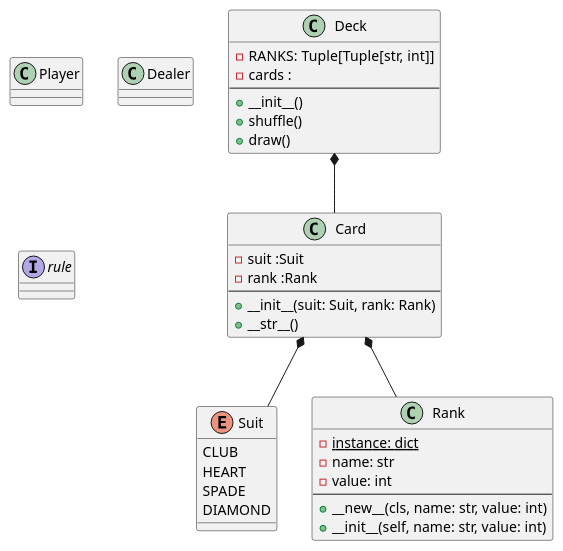
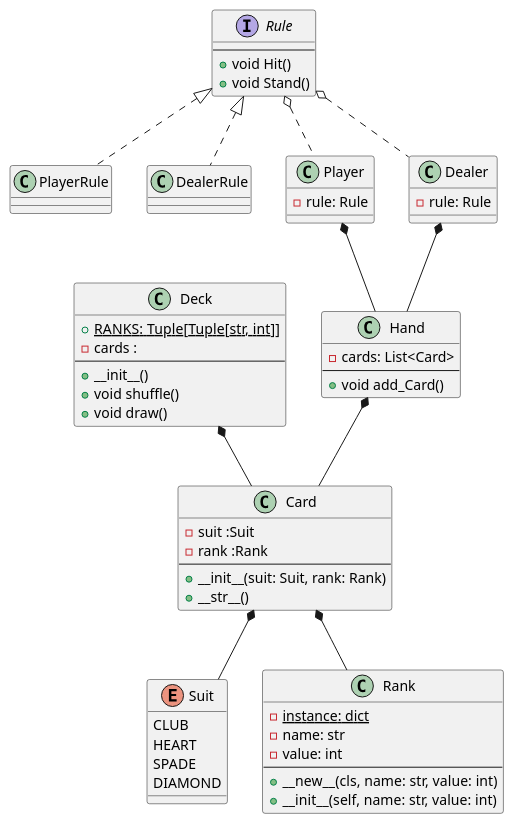
One commit to OrenoYomenoOtto/PythonBlackJack changed the diagram in UMLs/BlackJack_class.pu. Above: the diagram before and after it, drawn with PlantUML.

Commit message:
クラス図を変更 - Rule_interfaceとそれに関連するクラスの追加 - PlayerとDealerはアグリゲーション - PlayerRuleとDealerRuleは継承 - Handクラスの追加

```diff
--- a/UMLs/BlackJack_class.pu
+++ b/UMLs/BlackJack_class.pu
@@ -2,51 +2,80 @@
 @startuml
 
 enum Suit{
     CLUB
     HEART
     SPADE
     DIAMOND
 }
+
 class Rank{
     - instance: dict{static} 
     - name: str
     - value: int
     --
     + __new__(cls, name: str, value: int)
     + __init__(self, name: str, value: int)
 }
+
 class Card{
     - suit :Suit
     - rank :Rank
     --
     + __init__(suit: Suit, rank: Rank)
     + __str__()
 }
 
 Card *-- Suit
 Card *-- Rank
 
 class Deck{
-    - RANKS: Tuple[Tuple[str, int]]
+    + RANKS: Tuple[Tuple[str, int]] {static}
     - cards :
     --
     + __init__()
-    + shuffle()
-    + draw()
+    + void shuffle()
+    + void draw()
 }
 
 Deck *-- Card
 
-class Player{
+interface Rule{
+    --
+    + void Hit()
+    + void Stand()
+}
 
-}
-class Dealer{
-
-}
-interface rule{
+class PlayerRule{
 
 }
 
+class DealerRule{
+
+}
+
+Rule <|.. PlayerRule
+Rule <|.. DealerRule
+
+class Hand{
+    - cards: List<Card>
+    --
+    + void add_Card()
+}
+
+Hand *-- Card
+
+class Player{
+    - rule: Rule
+}
+
+class Dealer{
+    - rule: Rule
+}
+
+Player *-- Hand
+Dealer *-- Hand
+Rule o.. Player
+Rule o.. Dealer
 
 
 @enduml
```
